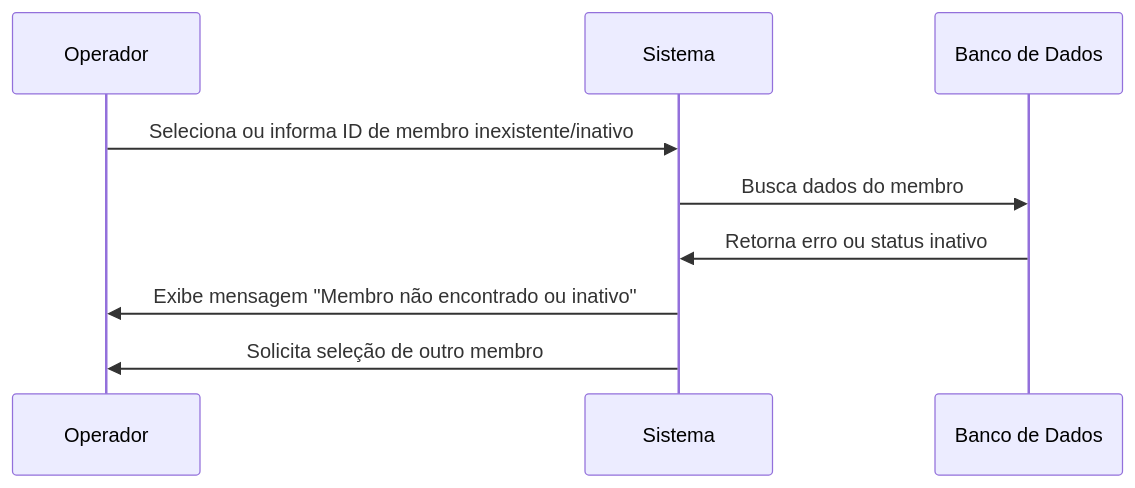
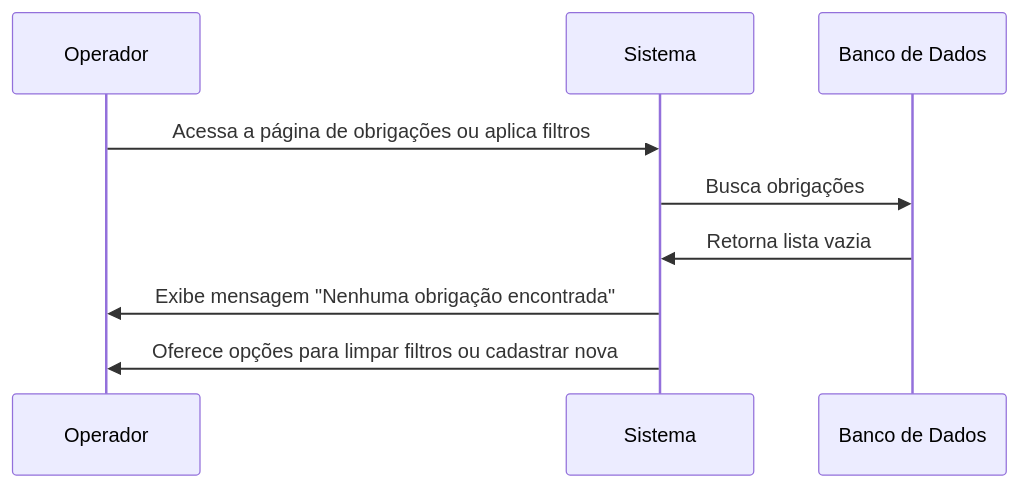
One commit to Bomsalvez/quilombo-docs changed the second of 2 diagrams in Writerside/topics/RF12.md. Above: the diagram before and after it, drawn with Mermaid. The commit also changed other lines of this file and 34 other files, not shown here.

````diff
--- a/Writerside/topics/RF12.md
+++ b/Writerside/topics/RF12.md
@@ -79,12 +51,12 @@
 ```mermaid
 sequenceDiagram
     participant O as Operador
     participant S as Sistema
     participant DB as Banco de Dados
     
-    O->>S: Seleciona ou informa ID de membro inexistente/inativo
-    S->>DB: Busca dados do membro
-    DB->>S: Retorna erro ou status inativo
-    S->>O: Exibe mensagem "Membro não encontrado ou inativo"
-    S->>O: Solicita seleção de outro membro
+    O->>S: Acessa a página de obrigações ou aplica filtros
+    S->>DB: Busca obrigações
+    DB->>S: Retorna lista vazia
+    S->>O: Exibe mensagem "Nenhuma obrigação encontrada"
+    S->>O: Oferece opções para limpar filtros ou cadastrar nova
 ```
````
